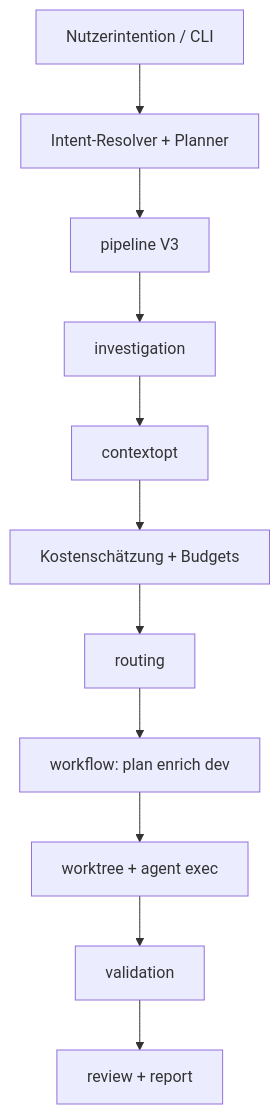
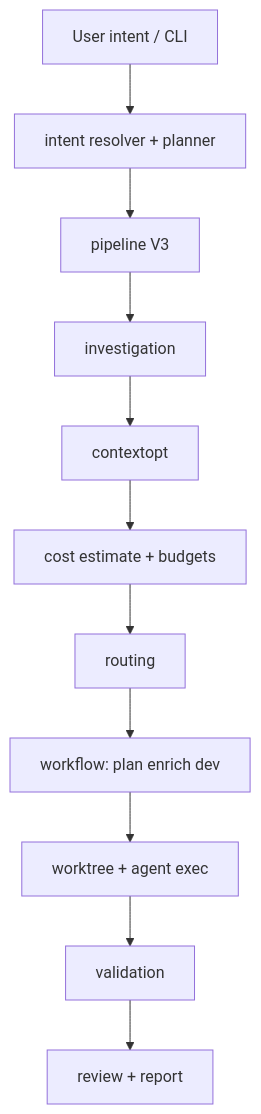
The diagram in docs-site/content/docs/de/architecture/overview.mdx (LaProgrammerie/asagiri), drawn with Mermaid before and after one commit. The commit also changed other lines of this file and 148 other files, not shown here.

````diff
--- a/docs-site/content/docs/de/architecture/overview.mdx
+++ b/docs-site/content/docs/de/architecture/overview.mdx
@@ -12,13 +14,13 @@
 ```mermaid
 flowchart TD
-  A[Nutzerintention / CLI] --> B[Intent-Resolver + Planner]
+  A[User intent / CLI] --> B[intent resolver + planner]
   B --> C[pipeline V3]
   C --> D[investigation]
   D --> E[contextopt]
-  E --> F[Kostenschätzung + Budgets]
+  E --> F[cost estimate + budgets]
   F --> G[routing]
   G --> H[workflow: plan enrich dev]
   H --> I[worktree + agent exec]
   I --> J[validation]
   J --> K[review + report]
 ```
````
